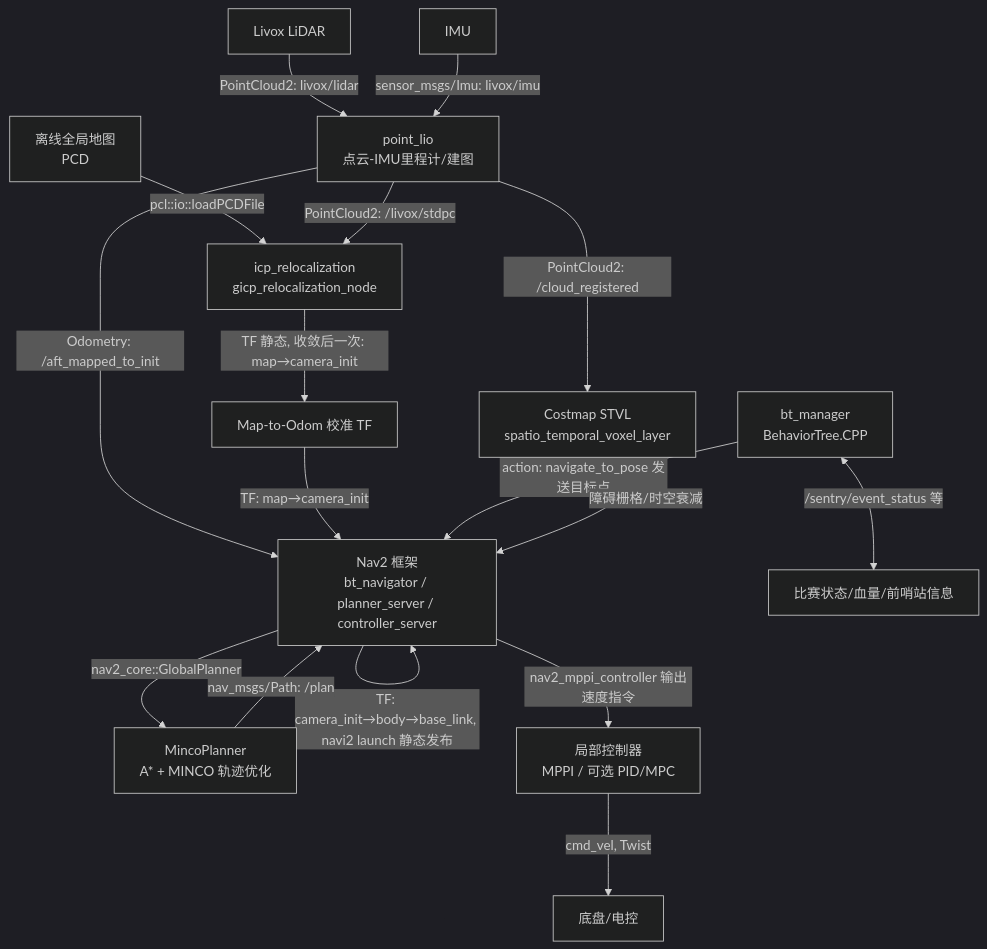
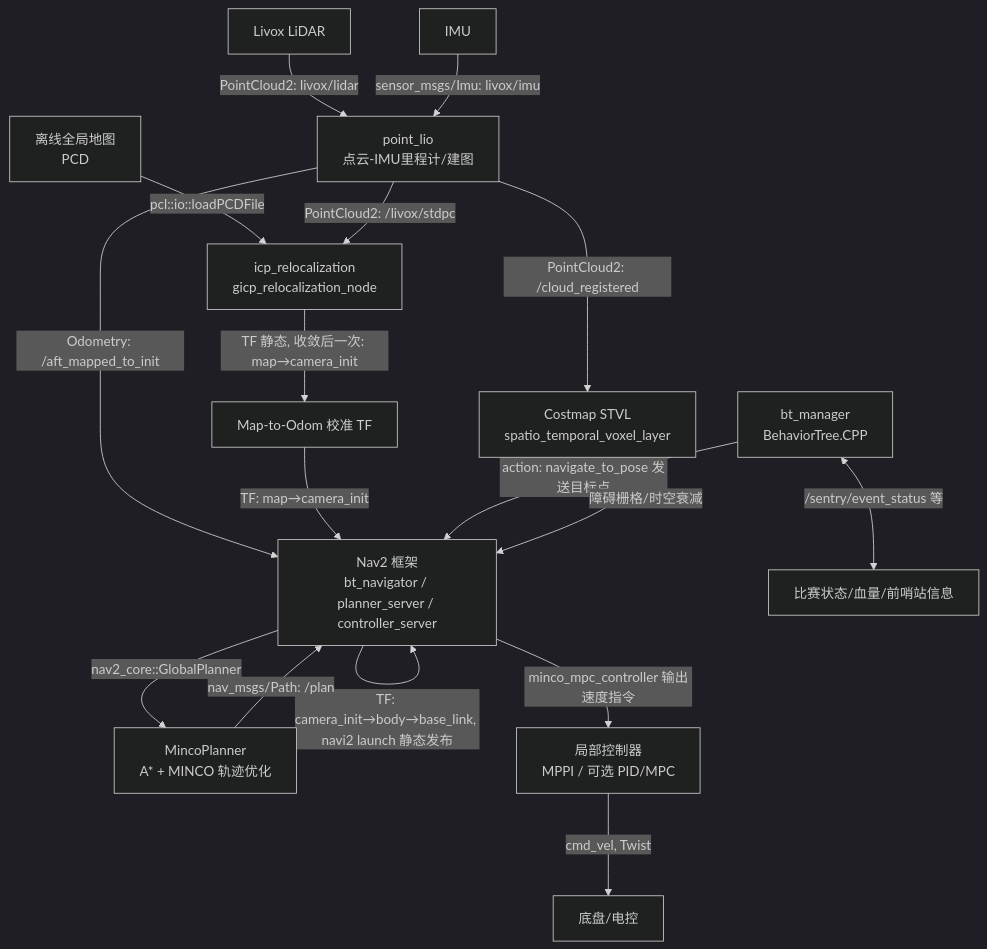
Before and after one commit to Walker152/navi_minco_bit: the first of 3 diagrams in README.md, drawn with Mermaid (dark theme). The commit also changed other lines of this file and 1 other file, not shown here.

````diff
--- a/README.md
+++ b/README.md
@@ -13,34 +54,34 @@
 ```mermaid
 graph TD
   %% Sensors
   L[Livox LiDAR] -->|PointCloud2: livox/lidar| PLIO["point_lio<br/>点云-IMU里程计/建图"]
   I[IMU] -->|sensor_msgs/Imu: livox/imu| PLIO
 
   %% Point-LIO outputs
   PLIO -->|Odometry: /aft_mapped_to_init| NAV2["Nav2 框架<br/>bt_navigator / planner_server / controller_server"]
   PLIO -->|PointCloud2: /cloud_registered| COSTMAP["Costmap STVL<br/>spatio_temporal_voxel_layer"]
 
   %% ICP/GICP relocalization
   MAPPCD["离线全局地图<br/>PCD"] -->|pcl::io::loadPCDFile| GICP["icp_relocalization<br/>gicp_relocalization_node"]
   PLIO -->|PointCloud2: /livox/stdpc| GICP
   GICP -->|TF 静态, 收敛后一次: map→camera_init| TFALIGN["Map-to-Odom 校准 TF"]
 
   %% TF chain used by Nav2
   TFALIGN -->|TF: map→camera_init| NAV2
   NAV2 -->|TF: camera_init→body→base_link, navi2 launch 静态发布| NAV2
 
   %% Planning
   NAV2 -->|nav2_core::GlobalPlanner| MINCO["MincoPlanner<br/>A* + MINCO 轨迹优化"]
   MINCO -->|nav_msgs/Path: /plan| NAV2
 
   %% Control
-  NAV2 -->|nav2_mppi_controller 输出速度指令| CTRL["局部控制器<br/>MPPI / 可选 PID/MPC"]
+  NAV2 -->|minco_mpc_controller 输出速度指令| CTRL["局部控制器<br/>MPPI / 可选 PID/MPC"]
   CTRL -->|cmd_vel, Twist| ACT[底盘/电控]
 
   %% Decision
   BT["bt_manager<br/>BehaviorTree.CPP"] -->|action: navigate_to_pose 发送目标点| NAV2
   BT <-->|/sentry/event_status 等| STATE[比赛状态/血量/前哨站信息]
 
   %% Notes
   COSTMAP -->|障碍栅格/时空衰减| NAV2
 ```
````
